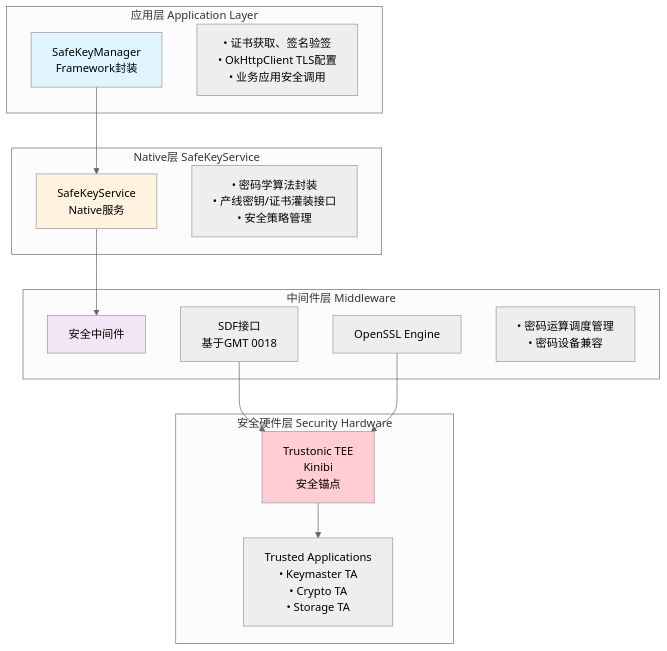
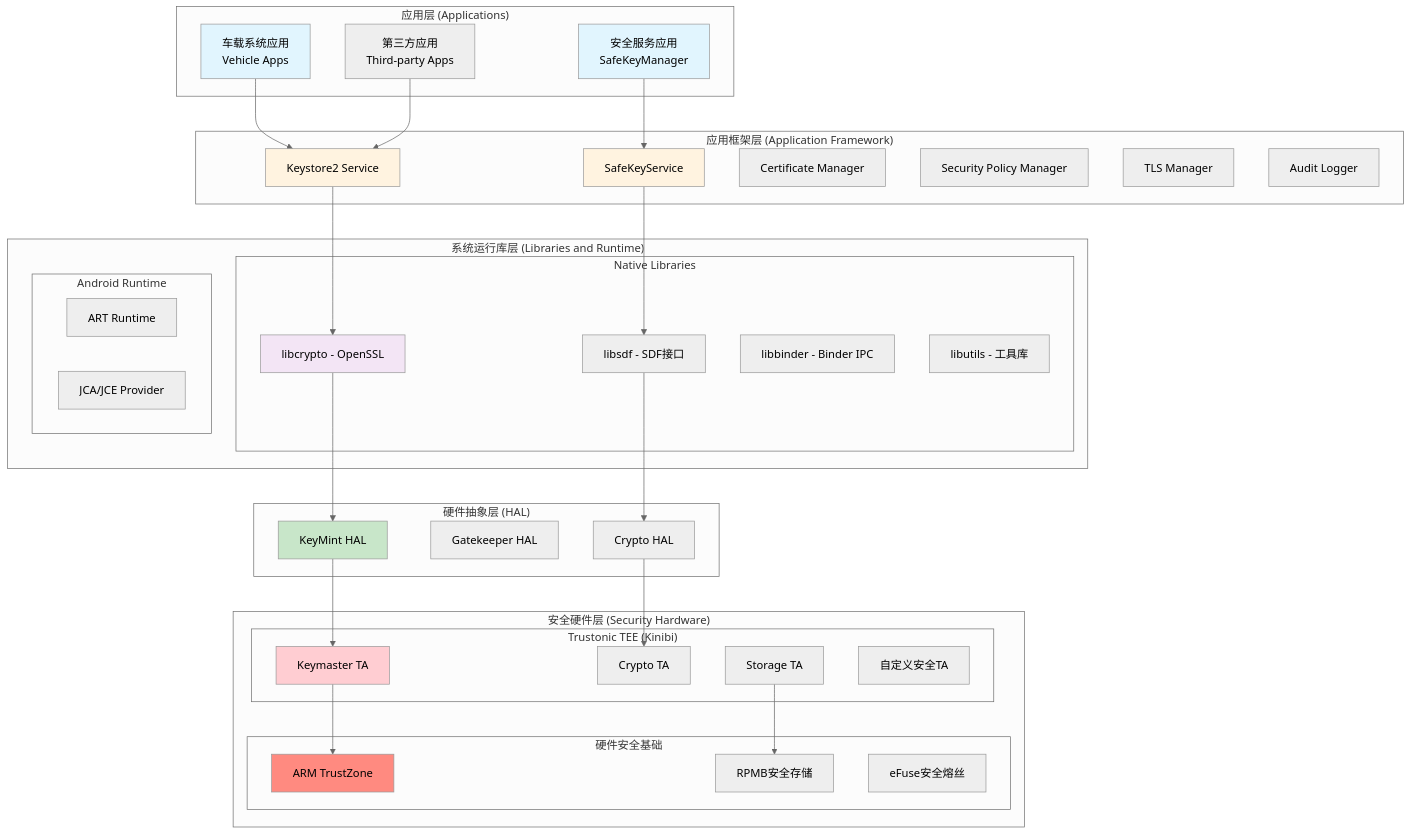
Before and after one commit to chenlehua/android-sec: the first of 32 diagrams in specs/car-mtk-platform.md, drawn with Mermaid (neutral theme). The commit also changed other lines of this file and 1 other file, not shown here.

Commit message:
调整车载平台系统架构总览，参考Android分层架构风格
- 更新高通平台架构图，采用五层结构（应用层→框架层→运行库层→HAL层→安全硬件层）
- 更新MTK平台架构图，采用相同的五层结构风格
- 每层使用中英文双语命名，保持与android.md一致的风格
- 增加详细的组件展示和层级间的连接关系

````diff
--- a/specs/car-mtk-platform.md
+++ b/specs/car-mtk-platform.md
@@ -28,35 +28,71 @@
 ```mermaid
 graph TB
-    subgraph "应用层 Application Layer"
-        APP["SafeKeyManager<br/>Framework封装"]
-        APP_DESC["• 证书获取、签名验签<br/>• OkHttpClient TLS配置<br/>• 业务应用安全调用"]
+    subgraph "应用层 (Applications)"
+        A1["车载系统应用<br/>Vehicle Apps"]
+        A2["安全服务应用<br/>SafeKeyManager"]
+        A3["第三方应用<br/>Third-party Apps"]
     end
 
-    subgraph "Native层 SafeKeyService"
-        NATIVE["SafeKeyService<br/>Native服务"]
-        NATIVE_DESC["• 密码学算法封装<br/>• 产线密钥/证书灌装接口<br/>• 安全策略管理"]
+    subgraph "应用框架层 (Application Framework)"
+        F1[Keystore2 Service]
+        F2[SafeKeyService]
+        F3[Certificate Manager]
+        F4[Security Policy Manager]
+        F5[TLS Manager]
+        F6[Audit Logger]
     end
 
-    subgraph "中间件层 Middleware"
-        MW["安全中间件"]
-        SDF["SDF接口<br/>基于GMT 0018"]
-        OSSL["OpenSSL Engine"]
-        MW_DESC["• 密码运算调度管理<br/>• 密码设备兼容"]
+    subgraph "系统运行库层 (Libraries and Runtime)"
+        subgraph "Native Libraries"
+            L1[libcrypto - OpenSSL]
+            L2[libsdf - SDF接口]
+            L3[libbinder - Binder IPC]
+            L4[libutils - 工具库]
+        end
+        subgraph "Android Runtime"
+            R1[ART Runtime]
+            R2[JCA/JCE Provider]
+        end
     end
 
-    subgraph "安全硬件层 Security Hardware"
-        TEE["Trustonic TEE<br/>Kinibi<br/>安全锚点"]
-        TA["Trusted Applications<br/>• Keymaster TA<br/>• Crypto TA<br/>• Storage TA"]
+    subgraph "硬件抽象层 (HAL)"
+        H1[KeyMint HAL]
+        H2[Gatekeeper HAL]
+        H3[Crypto HAL]
     end
 
-    APP --> NATIVE
-    NATIVE --> MW
-    SDF --> TEE
-    OSSL --> TEE
-    TEE --> TA
+    subgraph "安全硬件层 (Security Hardware)"
+        subgraph "Trustonic TEE (Kinibi)"
+            T1[Keymaster TA]
+            T2[Crypto TA]
+            T3[Storage TA]
+            T4[自定义安全TA]
+        end
+        subgraph "硬件安全基础"
+            HW1[ARM TrustZone]
+            HW2[RPMB安全存储]
+            HW3[eFuse安全熔丝]
+        end
+    end
 
-    style APP fill:#e1f5fe
-    style NATIVE fill:#fff3e0
-    style MW fill:#f3e5f5
-    style TEE fill:#ffcdd2
+    A1 --> F1
+    A2 --> F2
+    A3 --> F1
+    F1 --> L1
+    F2 --> L2
+    L1 --> H1
+    L2 --> H3
+    H1 --> T1
+    H3 --> T2
+    T1 --> HW1
+    T3 --> HW2
+
+    style A1 fill:#e1f5fe
+    style A2 fill:#e1f5fe
+    style F1 fill:#fff3e0
+    style F2 fill:#fff3e0
+    style L1 fill:#f3e5f5
+    style H1 fill:#c8e6c9
+    style T1 fill:#ffcdd2
+    style HW1 fill:#ff8a80
 ```
````
